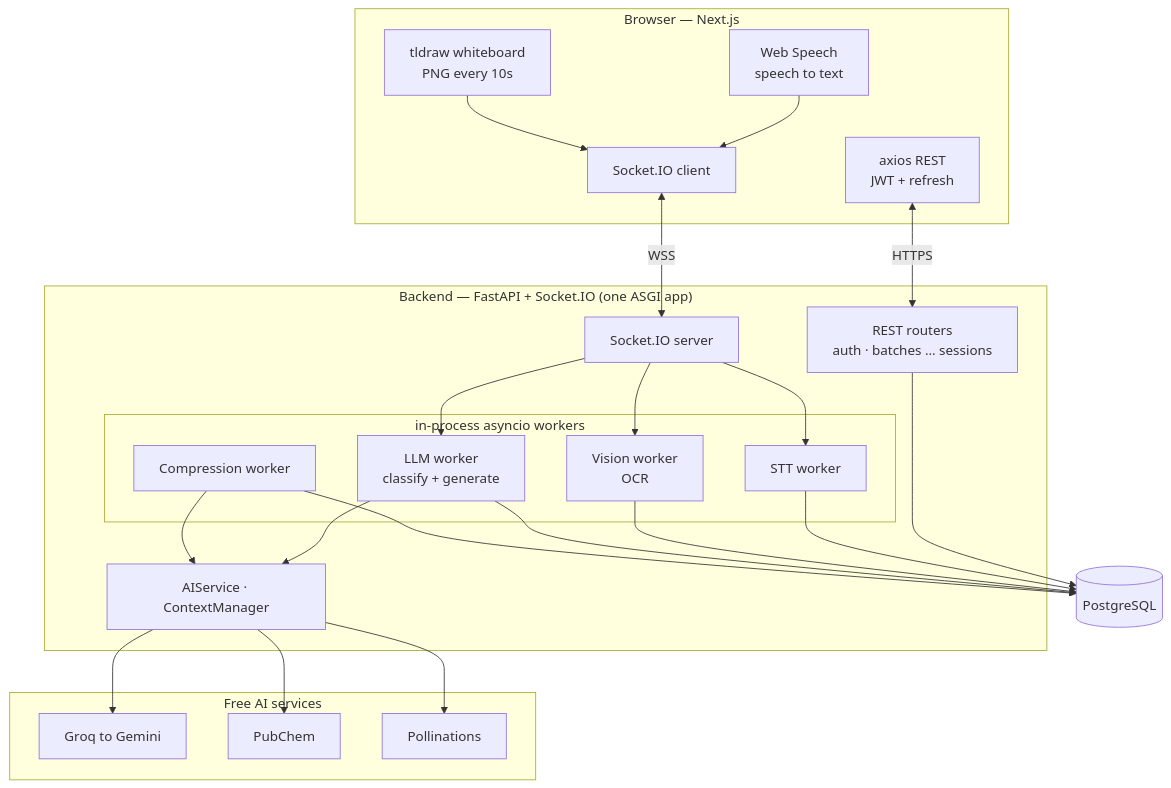
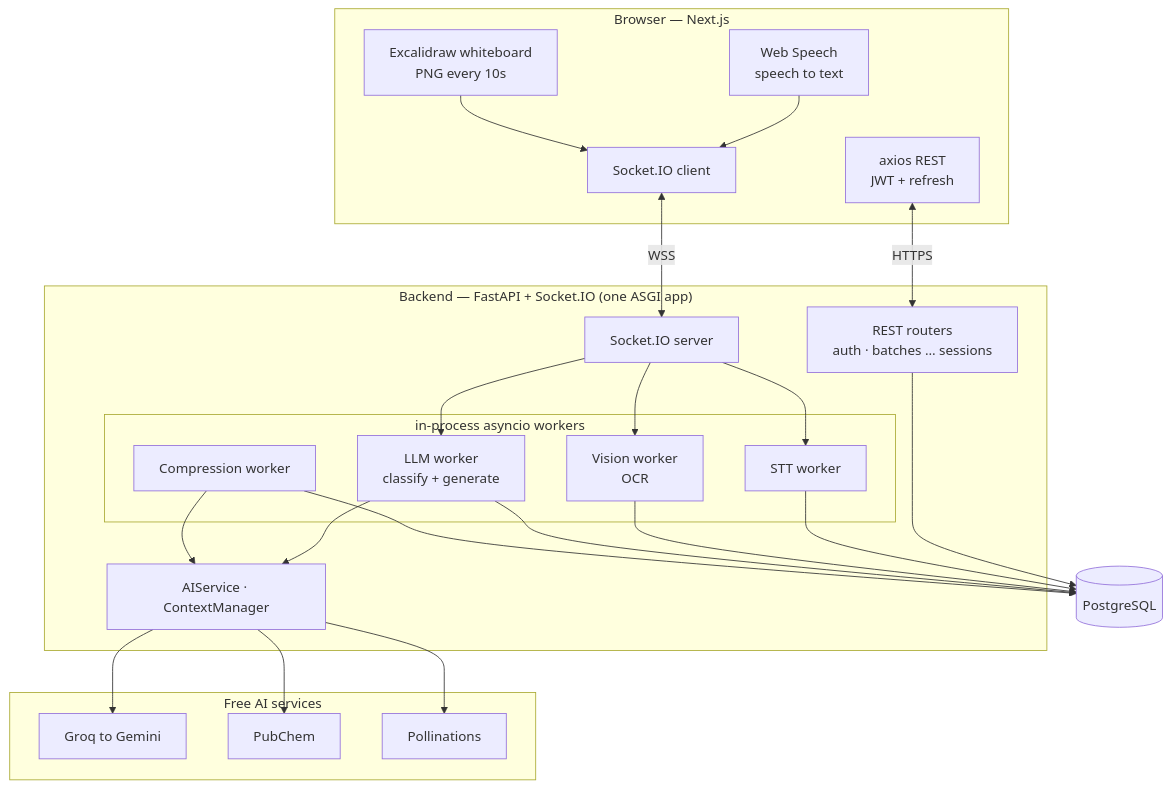
The fifth of 5 diagrams in README.md (Andromeda0007/Aura), drawn with Mermaid before and after one commit. The commit also changed other lines of this file and 5 other files, not shown here.

````diff
--- a/README.md
+++ b/README.md
@@ -361,43 +361,43 @@
 ```mermaid
 flowchart TB
     subgraph Client["Browser — Next.js"]
         SP[Web Speech<br/>speech to text]
-        BD[tldraw whiteboard<br/>PNG every 10s]
+        BD[Excalidraw whiteboard<br/>PNG every 10s]
         SC[Socket.IO client]
         AX[axios REST<br/>JWT + refresh]
     end
 
     subgraph Server["Backend — FastAPI + Socket.IO (one ASGI app)"]
         REST[REST routers<br/>auth · batches … sessions]
         WS[Socket.IO server]
         subgraph Workers["in-process asyncio workers"]
             STT[STT worker]
             VIS[Vision worker<br/>OCR]
             LLM[LLM worker<br/>classify + generate]
             CMP[Compression worker]
         end
         SVC[AIService · ContextManager]
     end
 
     DB[(PostgreSQL)]
 
     subgraph AIsvc["Free AI services"]
         GROQ[Groq to Gemini]
         PUB[PubChem]
         POL[Pollinations]
     end
 
     SP --> SC
     BD --> SC
     SC <-->|WSS| WS
     AX <-->|HTTPS| REST
     WS --> STT & VIS & LLM
     LLM --> SVC
     CMP --> SVC
     SVC --> GROQ & PUB & POL
     REST --> DB
     STT --> DB
     VIS --> DB
     LLM --> DB
     CMP --> DB
 ```
````
